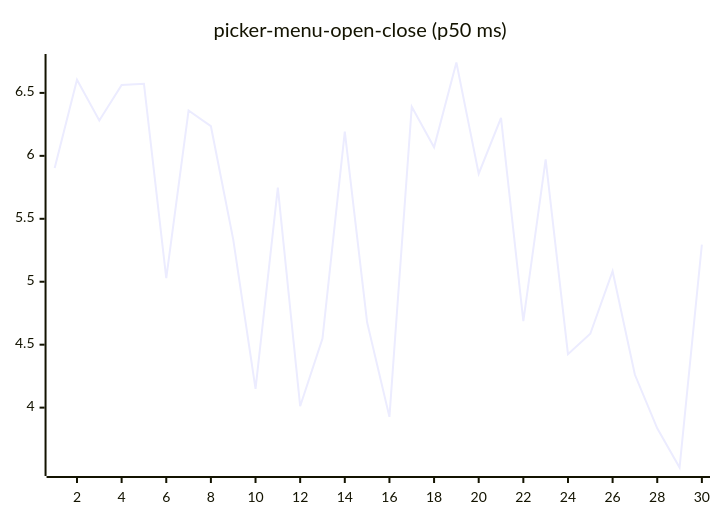
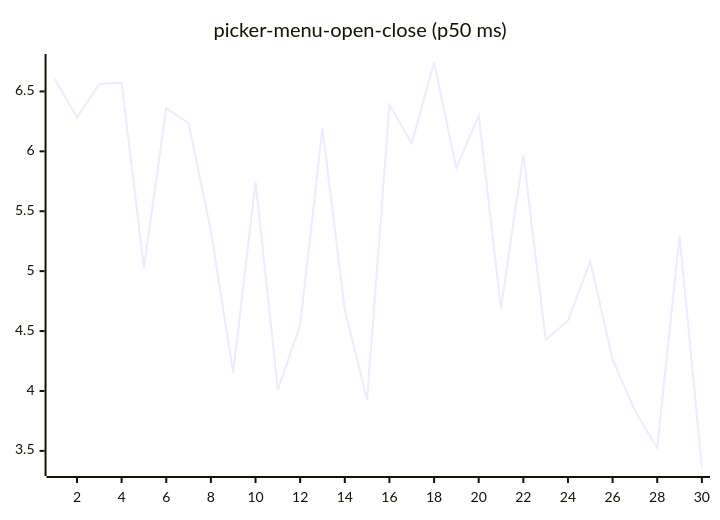
Diagram 16 of 27 in README.md (josha/Facet), drawn with Mermaid before and after one commit. The commit also changed other lines of this file and 2 other files, not shown here.

````diff
--- a/README.md
+++ b/README.md
@@ -168,6 +168,6 @@
 ```mermaid
 xychart-beta
     title "picker-menu-open-close (p50 ms)"
     x-axis 1 --> 30
-    line [5.9038, 6.6044, 6.2815, 6.5623, 6.5728, 5.0278, 6.3599, 6.2355, 5.3362, 4.1492, 5.7473, 4.0112, 4.5489, 6.1919, 4.6774, 3.9267, 6.3897, 6.0683, 6.7415, 5.8582, 6.3016, 4.6878, 5.9725, 4.4246, 4.5868, 5.0832, 4.2609, 3.8354, 3.5244, 5.2942]
+    line [6.6044, 6.2815, 6.5623, 6.5728, 5.0278, 6.3599, 6.2355, 5.3362, 4.1492, 5.7473, 4.0112, 4.5489, 6.1919, 4.6774, 3.9267, 6.3897, 6.0683, 6.7415, 5.8582, 6.3016, 4.6878, 5.9725, 4.4246, 4.5868, 5.0832, 4.2609, 3.8354, 3.5244, 5.2942, 3.3612]
 ```
````
